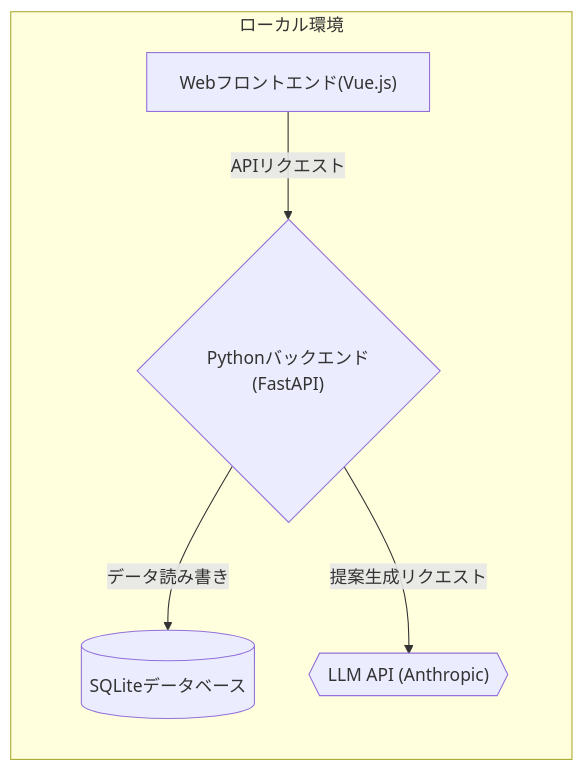
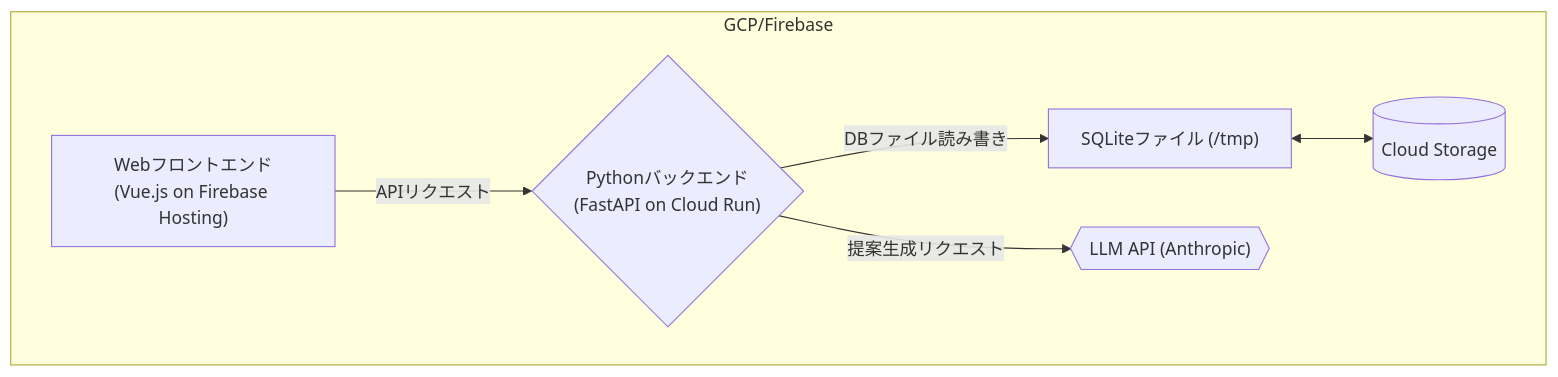
The diagram in docs/shopping_recommendation_app_plan.md (pagumi-bayesian/shopping-recommend), drawn with Mermaid before and after one commit. The commit also changed other lines of this file and 11 other files, not shown here.

````diff
--- a/docs/shopping_recommendation_app_plan.md
+++ b/docs/shopping_recommendation_app_plan.md
@@ -27,8 +24,9 @@
 ```mermaid
-graph LR
-    subgraph ローカル環境
-        A["Webフロントエンド(Vue.js)"] -- APIリクエスト --> B{"Pythonバックエンド(FastAPI)"};
-        B -- データ読み書き --> C[(SQLiteデータベース)];
-        B -- 提案生成リクエスト --> D{{"LLM API (Anthropic)"}};
+graph TD
+    subgraph GCP/Firebase
+        A["Webフロントエンド<br>(Vue.js on Firebase Hosting)"] -- APIリクエスト --> B{"Pythonバックエンド<br>(FastAPI on Cloud Run)"};
+        B -- DBファイル読み書き --> C["SQLiteファイル (/tmp)"];
+        C <--> D[(Cloud Storage)];
+        B -- 提案生成リクエスト --> E{{"LLM API (Anthropic)"}};
     end
 ```
````
